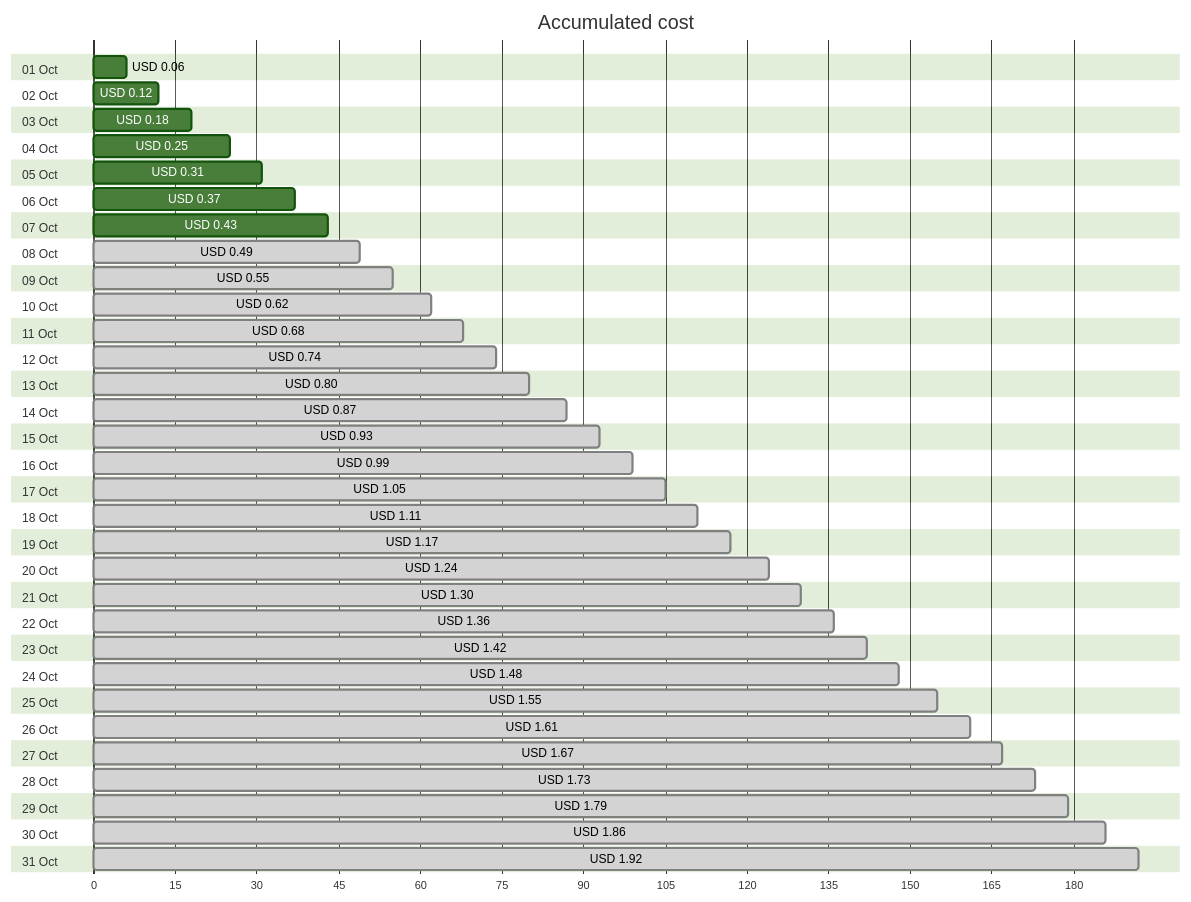
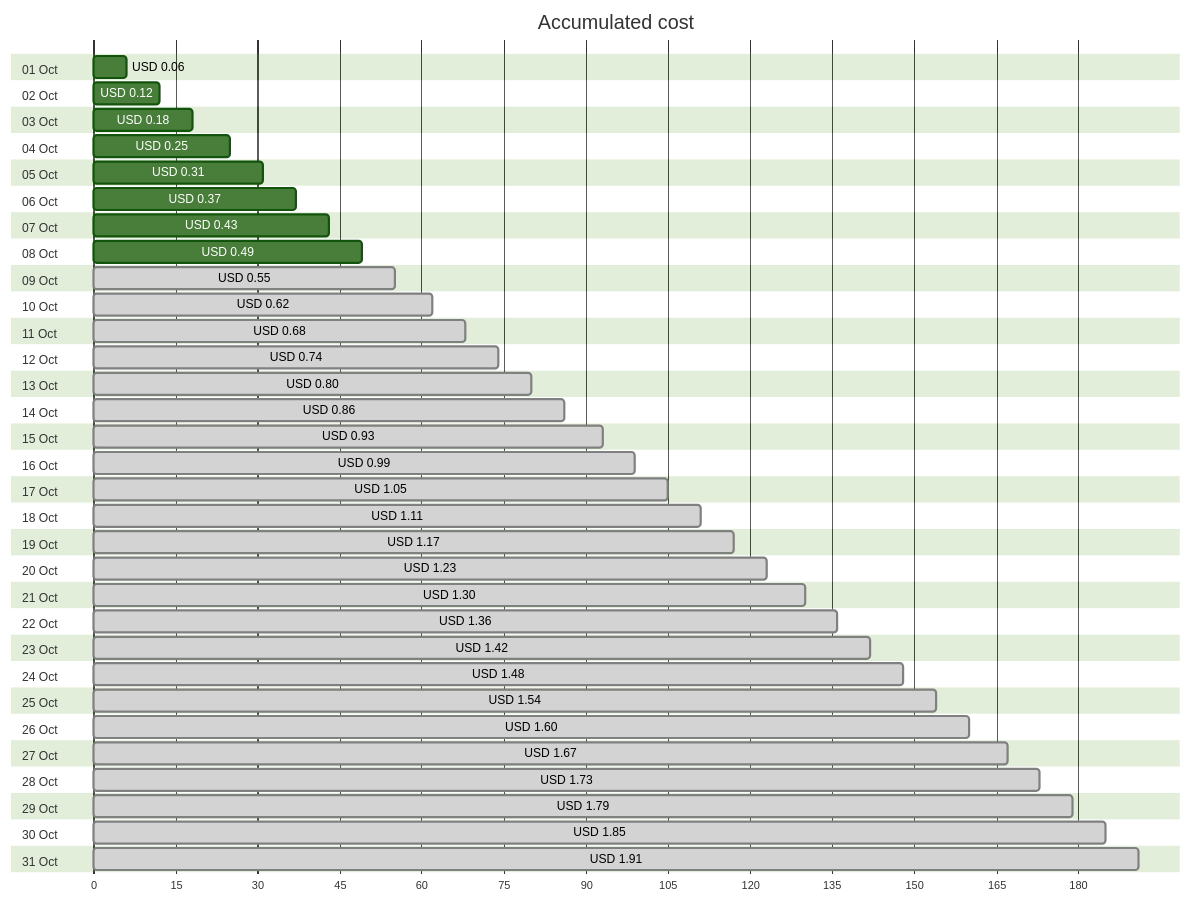
One commit to jpfulton/azure-personal-reports changed the first of 4 diagrams in cost-reports/personal-network/backup-server_OsDisk.md. Above: the diagram before and after it, drawn with Mermaid (forest theme). The commit also changed other lines of this file and 8 other files, not shown here.

````diff
--- a/cost-reports/personal-network/backup-server_OsDisk.md
+++ b/cost-reports/personal-network/backup-server_OsDisk.md
@@ -20,68 +20,68 @@
 ```mermaid
 gantt
    title Accumulated cost
    dateFormat  X
    axisFormat %s
    section 01 Oct
    USD 0.06 :0, 6
    section 02 Oct
    USD 0.12 :0, 12
    section 03 Oct
    USD 0.18 :0, 18
    section 04 Oct
    USD 0.25 :0, 25
    section 05 Oct
    USD 0.31 :0, 31
    section 06 Oct
    USD 0.37 :0, 37
    section 07 Oct
    USD 0.43 :0, 43
    section 08 Oct
-   USD 0.49 : done, 0, 49
+   USD 0.49 :0, 49
    section 09 Oct
    USD 0.55 : done, 0, 55
    section 10 Oct
    USD 0.62 : done, 0, 62
    section 11 Oct
    USD 0.68 : done, 0, 68
    section 12 Oct
    USD 0.74 : done, 0, 74
    section 13 Oct
    USD 0.80 : done, 0, 80
    section 14 Oct
-   USD 0.87 : done, 0, 87
+   USD 0.86 : done, 0, 86
    section 15 Oct
    USD 0.93 : done, 0, 93
    section 16 Oct
    USD 0.99 : done, 0, 99
    section 17 Oct
    USD 1.05 : done, 0, 105
    section 18 Oct
    USD 1.11 : done, 0, 111
    section 19 Oct
    USD 1.17 : done, 0, 117
    section 20 Oct
-   USD 1.24 : done, 0, 124
+   USD 1.23 : done, 0, 123
    section 21 Oct
    USD 1.30 : done, 0, 130
    section 22 Oct
    USD 1.36 : done, 0, 136
    section 23 Oct
    USD 1.42 : done, 0, 142
    section 24 Oct
    USD 1.48 : done, 0, 148
    section 25 Oct
-   USD 1.55 : done, 0, 155
+   USD 1.54 : done, 0, 154
    section 26 Oct
-   USD 1.61 : done, 0, 161
+   USD 1.60 : done, 0, 160
    section 27 Oct
    USD 1.67 : done, 0, 167
    section 28 Oct
    USD 1.73 : done, 0, 173
    section 29 Oct
    USD 1.79 : done, 0, 179
    section 30 Oct
-   USD 1.86 : done, 0, 186
+   USD 1.85 : done, 0, 185
    section 31 Oct
-   USD 1.92 : done, 0, 192
+   USD 1.91 : done, 0, 191
 ```
````
